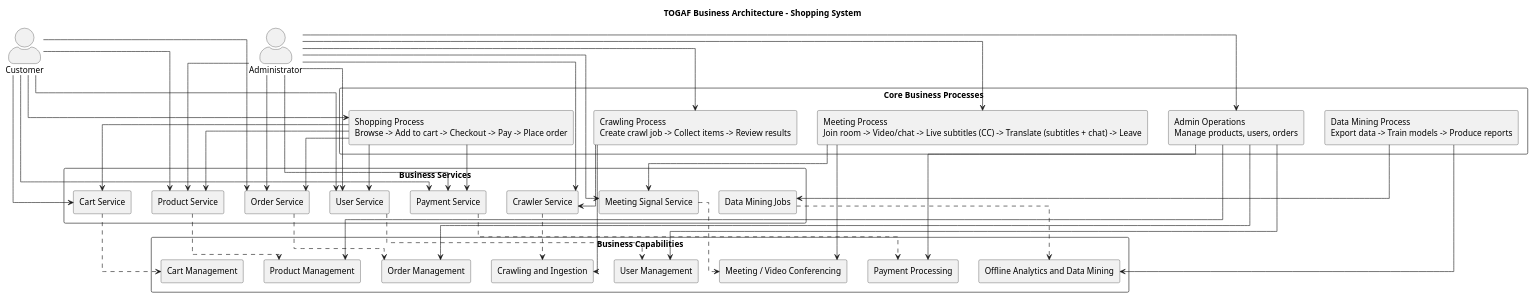
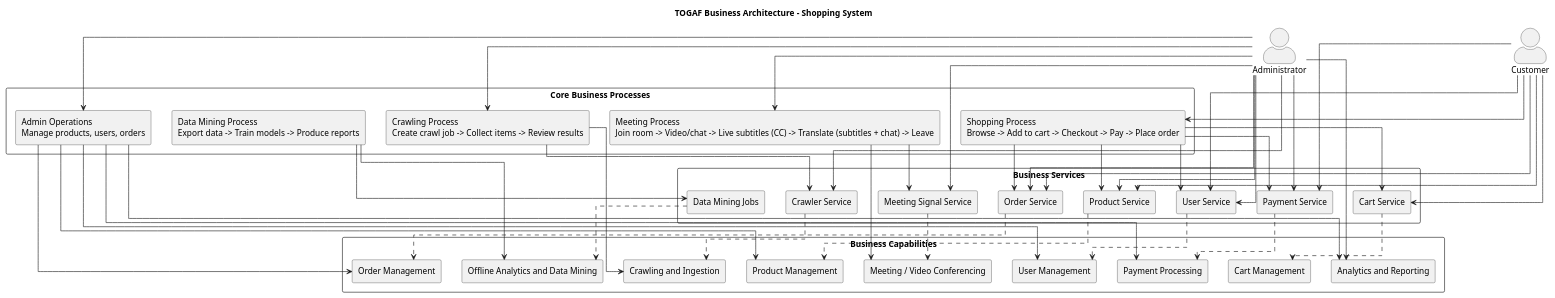
Before and after one commit to felixzhu97/shopping-system: the diagram in docs/architecture/togaf/business-architecture.puml, drawn with PlantUML. The commit also changed 18 other files, not shown here.

```diff
--- a/docs/architecture/togaf/business-architecture.puml
+++ b/docs/architecture/togaf/business-architecture.puml
@@ -1,88 +1,91 @@
 @startuml
 title TOGAF Business Architecture - Shopping System
 
 skinparam componentStyle rectangle
 skinparam packageStyle rectangle
 skinparam actorStyle awesome
 skinparam linetype ortho
 
 actor "Customer" as customer
 actor "Administrator" as admin
 
 package "Business Capabilities" {
     component [Product Management] as capability_product
     component [Order Management] as capability_order
     component [User Management] as capability_user
     component [Cart Management] as capability_cart
     component [Payment Processing] as capability_payment
     component [Crawling and Ingestion] as capability_crawling
+    component [Analytics and Reporting] as capability_analytics
     component [Offline Analytics and Data Mining] as capability_data_mining
     component [Meeting / Video Conferencing] as capability_meeting
 }
 
 package "Core Business Processes" {
     component [Shopping Process\nBrowse -> Add to cart -> Checkout -> Pay -> Place order] as process_shopping
     component [Admin Operations\nManage products, users, orders] as process_admin_ops
     component [Crawling Process\nCreate crawl job -> Collect items -> Review results] as process_crawling
     component [Data Mining Process\nExport data -> Train models -> Produce reports] as process_data_mining
     component [Meeting Process\nJoin room -> Video/chat -> Live subtitles (CC) -> Translate (subtitles + chat) -> Leave] as process_meeting
 }
 
 package "Business Services" {
     component [Product Service] as service_product
     component [Cart Service] as service_cart
     component [Order Service] as service_order
     component [User Service] as service_user
     component [Payment Service] as service_payment
     component [Crawler Service] as service_crawler
     component [Data Mining Jobs] as service_data_mining
     component [Meeting Signal Service] as service_meeting_signal
 }
 
 customer --> process_shopping
 customer --> service_product
 customer --> service_cart
 customer --> service_order
 customer --> service_user
 customer --> service_payment
 
 admin --> process_admin_ops
 admin --> process_crawling
 admin --> process_meeting
 admin --> service_product
 admin --> service_order
 admin --> service_user
 admin --> service_payment
 admin --> service_crawler
 admin --> service_meeting_signal
+admin --> capability_analytics
 
 process_shopping --> service_product
 process_shopping --> service_cart
 process_shopping --> service_order
 process_shopping --> service_user
 process_shopping --> service_payment
 
 process_admin_ops --> capability_product
 process_admin_ops --> capability_order
 process_admin_ops --> capability_user
 process_admin_ops --> capability_payment
+process_admin_ops --> capability_analytics
 
 process_crawling --> service_crawler
 process_crawling --> capability_crawling
 
 process_data_mining --> service_data_mining
 process_data_mining --> capability_data_mining
 
 process_meeting --> service_meeting_signal
 process_meeting --> capability_meeting
 
 service_product ..> capability_product
 service_cart ..> capability_cart
 service_order ..> capability_order
 service_user ..> capability_user
 service_payment ..> capability_payment
 service_crawler ..> capability_crawling
 service_data_mining ..> capability_data_mining
 service_meeting_signal ..> capability_meeting
 
 @enduml
```
